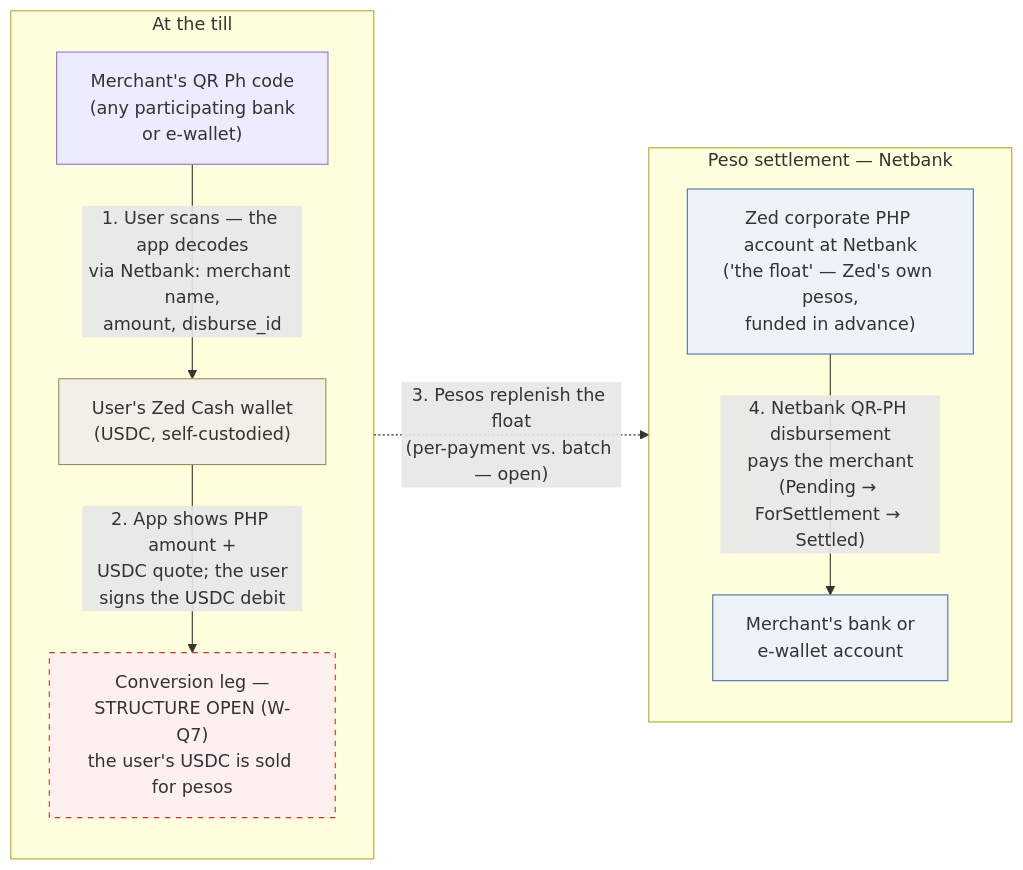
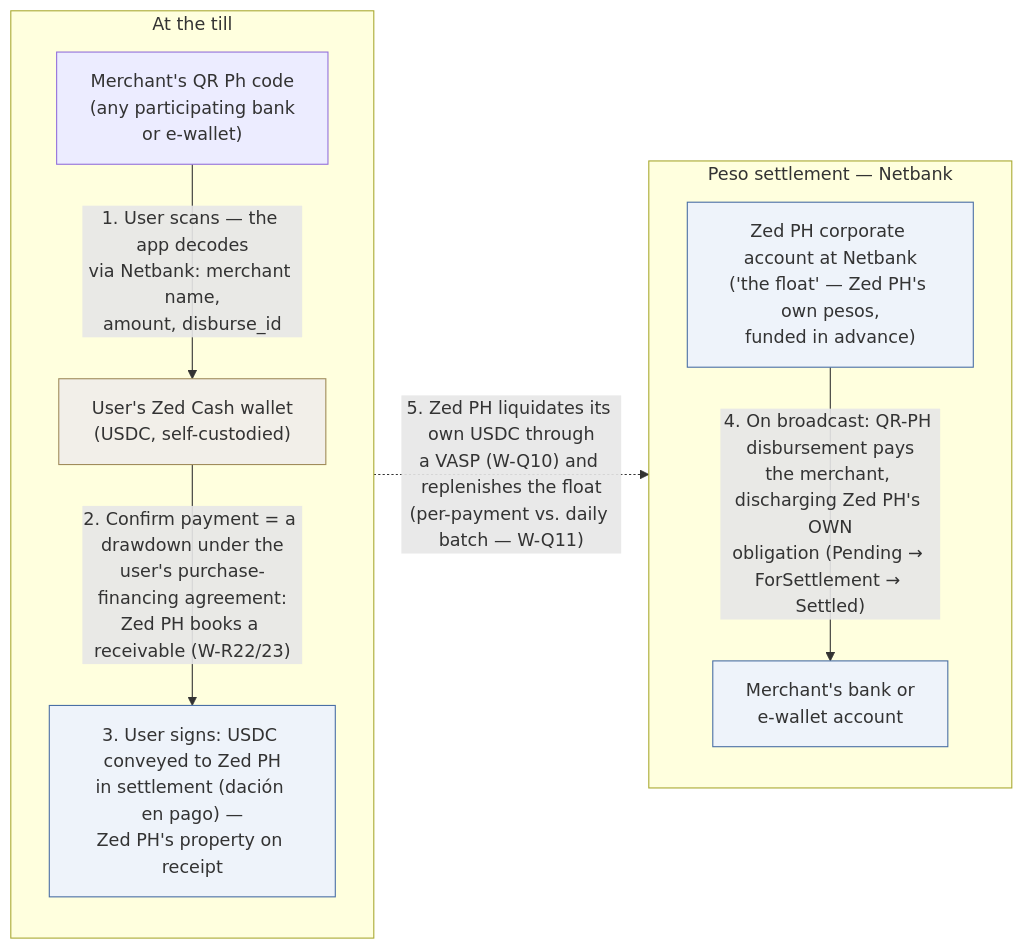
One commit to STAbraham/stablecoin-project changed the second of 4 diagrams in tracks/d-wallet-first/prd.md. Above: the diagram before and after it, drawn with Mermaid. The commit also changed other lines of this file and 3 other files, not shown here.

````diff
--- a/tracks/d-wallet-first/prd.md
+++ b/tracks/d-wallet-first/prd.md
@@ -90,19 +91,17 @@
 ```mermaid
 flowchart LR
   subgraph UL ["At the till"]
     direction TB
     M["Merchant's QR Ph code<br/>(any participating bank<br/>or e-wallet)"] -->|"1. User scans — the app decodes<br/>via Netbank: merchant name,<br/>amount, disburse_id"| U["User's Zed Cash wallet<br/>(USDC, self-custodied)"]
-    U -->|"2. App shows PHP amount +<br/>USDC quote; the user<br/>signs the USDC debit"| CV["Conversion leg —<br/>STRUCTURE OPEN (W-Q7)<br/>the user's USDC is sold for pesos"]
+    U -->|"2. Confirm payment = a drawdown under the<br/>user's purchase-financing agreement:<br/>Zed PH books a receivable (W-R22/23)"| CV["3. User signs: USDC conveyed to Zed PH<br/>in settlement (dación en pago) —<br/>Zed PH's property on receipt"]
   end
   subgraph PL ["Peso settlement — Netbank"]
     direction TB
-    F["Zed corporate PHP account at Netbank<br/>('the float' — Zed's own pesos,<br/>funded in advance)"] -->|"4. Netbank QR-PH disbursement<br/>pays the merchant<br/>(Pending → ForSettlement → Settled)"| MB["Merchant's bank or<br/>e-wallet account"]
+    F["Zed PH corporate account at Netbank<br/>('the float' — Zed PH's own pesos,<br/>funded in advance)"] -->|"4. On broadcast: QR-PH disbursement pays<br/>the merchant, discharging Zed PH's OWN<br/>obligation (Pending → ForSettlement → Settled)"| MB["Merchant's bank or<br/>e-wallet account"]
   end
-  UL -.->|"3. Pesos replenish the float<br/>(per-payment vs. batch — open)"| PL
+  UL -.->|"5. Zed PH liquidates its own USDC through<br/>a VASP (W-Q10) and replenishes the float<br/>(per-payment vs. daily batch — W-Q11)"| PL
   classDef user fill:#f2efe9,stroke:#a08c5b
   classDef bank fill:#eef3fa,stroke:#4a6fa5
-  classDef open fill:#fdf0ef,stroke:#c0392b,stroke-dasharray: 5 5
   class U user
-  class F,MB bank
-  class CV open
+  class F,MB,CV bank
 ```
````
